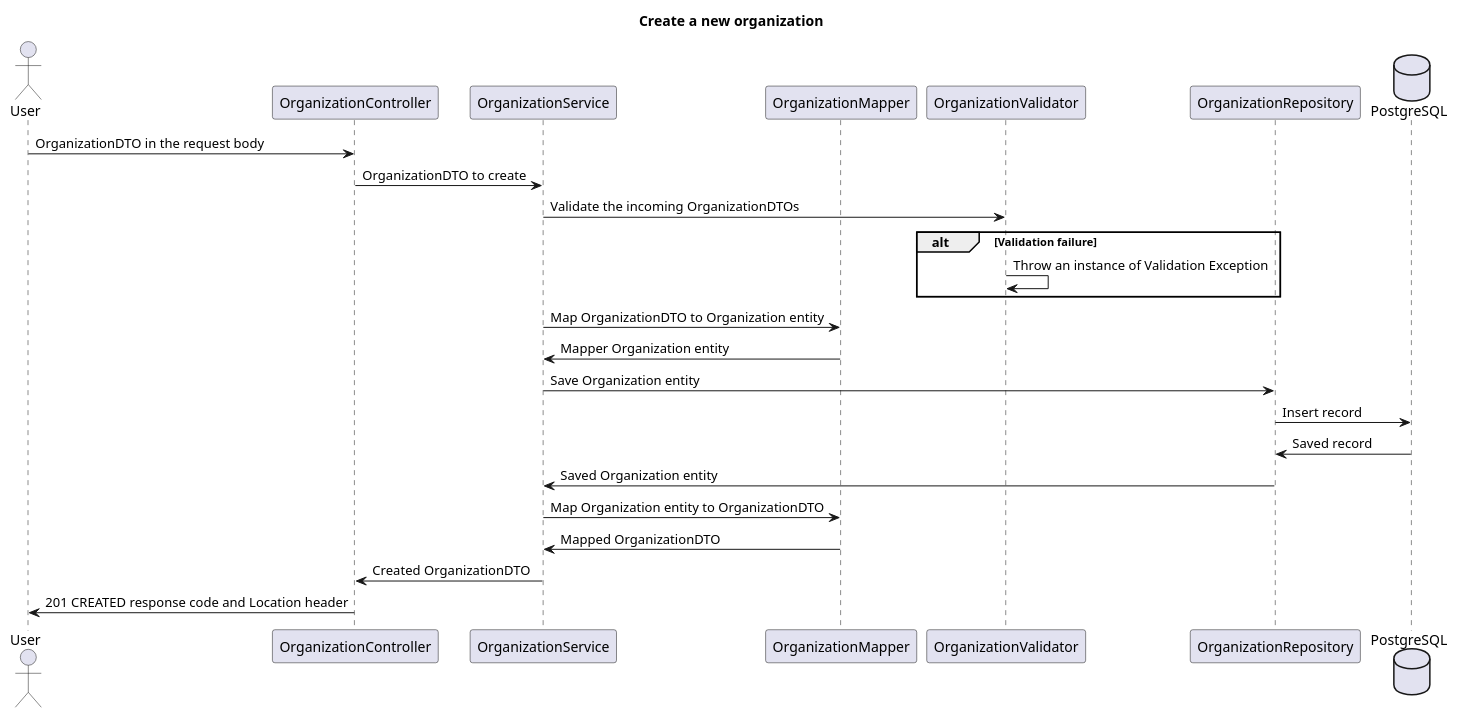
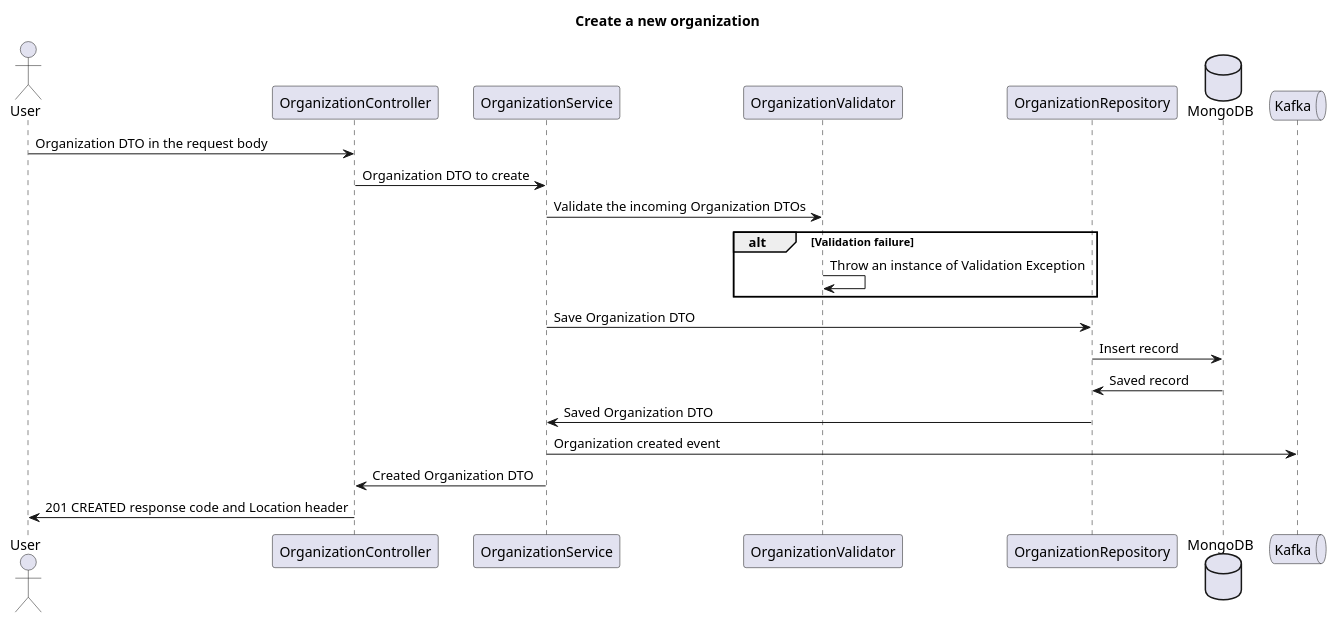
One commit to Aleksandr-Barmin/misc-diagrams changed the diagram in Customer Service/As to be/New REST endpoints/02.  organizations post new.puml. Above: the diagram before and after it, drawn with PlantUML. The commit also changed 7 other files, not shown here.

```diff
--- a/Customer Service/As to be/New REST endpoints/02.  organizations post new.puml
+++ b/Customer Service/As to be/New REST endpoints/02.  organizations post new.puml
@@ -1,33 +1,29 @@
 @startuml Create a new organization
     title Create a new organization
 
     actor User as user
     participant OrganizationController as organizationController
     participant OrganizationService as organizationService
-    participant OrganizationMapper as organizationMapper
     participant OrganizationValidator as organizationValidator
     participant OrganizationRepository as organizationRepository
-    database PostgreSQL as db
+    database MongoDB as db
+    queue Kafka as kafka
 
-    user -> organizationController: OrganizationDTO in the request body
-        organizationController -> organizationService: OrganizationDTO to create
+    user -> organizationController: Organization DTO in the request body
+        organizationController -> organizationService: Organization DTO to create
 
-            organizationService -> organizationValidator: Validate the incoming OrganizationDTOs
+            organizationService -> organizationValidator: Validate the incoming Organization DTOs
             alt Validation failure
                 organizationValidator -> organizationValidator: Throw an instance of Validation Exception
             end
 
-            organizationService -> organizationMapper: Map OrganizationDTO to Organization entity
-            organizationMapper -> organizationService: Mapper Organization entity
-
-            organizationService -> organizationRepository: Save Organization entity
+            organizationService -> organizationRepository: Save Organization DTO
                 organizationRepository -> db: Insert record
                 db -> organizationRepository: Saved record
-            organizationRepository -> organizationService: Saved Organization entity
+            organizationRepository -> organizationService: Saved Organization DTO
 
-            organizationService -> organizationMapper: Map Organization entity to OrganizationDTO
-            organizationMapper -> organizationService: Mapped OrganizationDTO
+            organizationService -> kafka: Organization created event
 
-        organizationService -> organizationController: Created OrganizationDTO
+        organizationService -> organizationController: Created Organization DTO
     organizationController -> user: 201 CREATED response code and Location header
 @enduml
```
